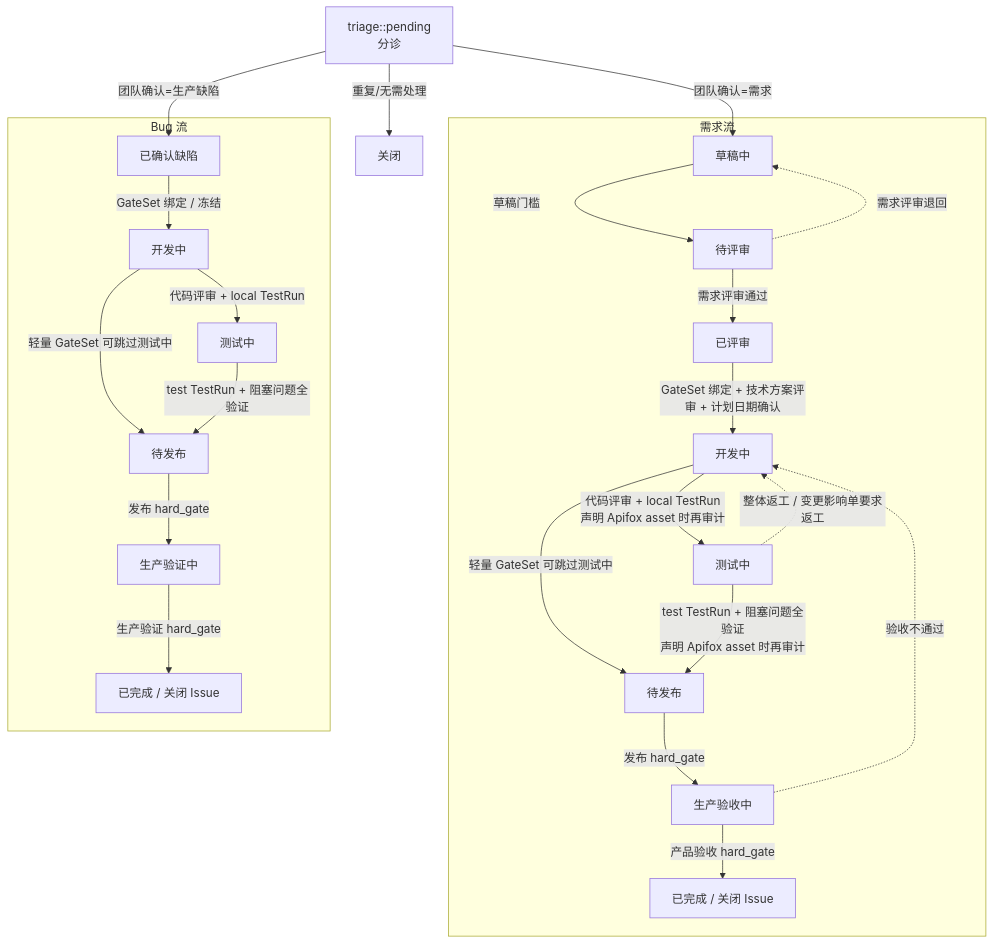
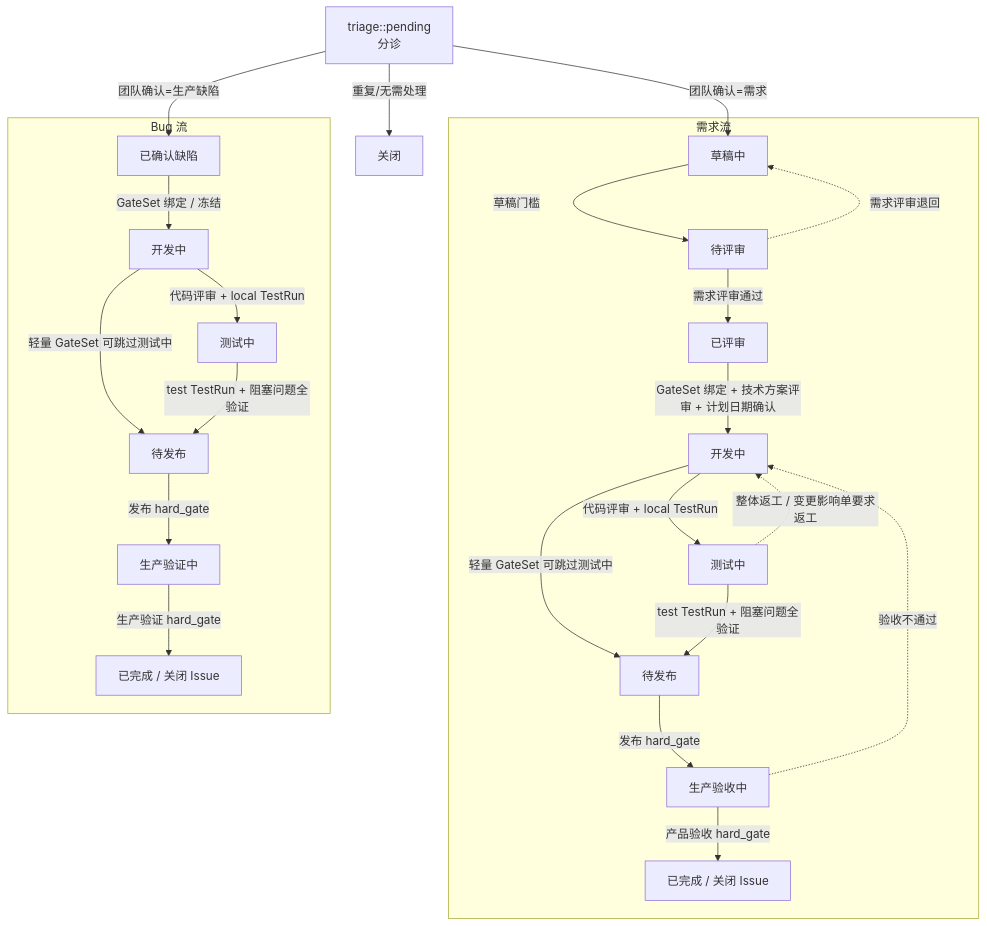
One commit to jinx911/glab-flow changed the diagram in README.md. Above: the diagram before and after it, drawn with Mermaid. The commit also changed other lines of this file and 44 other files, not shown here.

Commit message:
Remove Apifox dependency from glab-flow tests

````diff
--- a/README.md
+++ b/README.md
@@ -18,29 +18,29 @@
 ```mermaid
 flowchart TD
     T["triage::pending<br/>分诊"] -->|"团队确认=需求"| S1["草稿中"]
     T -->|"团队确认=生产缺陷"| B1["已确认缺陷"]
     T -->|"重复/无需处理"| X["关闭"]
 
     subgraph Story["需求流"]
       S1 -->|"草稿门槛"| S2["待评审"]
       S2 -->|"需求评审通过"| S3["已评审"]
       S2 -.->|"需求评审退回"| S1
       S3 -->|"GateSet 绑定 + 技术方案评审 + 计划日期确认"| S4["开发中"]
-      S4 -->|"代码评审 + local TestRun<br/>声明 Apifox asset 时再审计"| S5["测试中"]
+      S4 -->|"代码评审 + local TestRun"| S5["测试中"]
       S4 -->|"轻量 GateSet 可跳过测试中"| S6["待发布"]
-      S5 -->|"test TestRun + 阻塞问题全验证<br/>声明 Apifox asset 时再审计"| S6
+      S5 -->|"test TestRun + 阻塞问题全验证"| S6
       S5 -.->|"整体返工 / 变更影响单要求返工"| S4
       S6 -->|"发布 hard_gate"| S7["生产验收中"]
       S7 -->|"产品验收 hard_gate"| S8["已完成 / 关闭 Issue"]
       S7 -.->|"验收不通过"| S4
     end
 
     subgraph Bug["Bug 流"]
       B1 -->|"GateSet 绑定 / 冻结"| B2["开发中"]
       B2 -->|"代码评审 + local TestRun"| B3["测试中"]
       B2 -->|"轻量 GateSet 可跳过测试中"| B4["待发布"]
       B3 -->|"test TestRun + 阻塞问题全验证"| B4
       B4 -->|"发布 hard_gate"| B5["生产验证中"]
       B5 -->|"生产验证 hard_gate"| B6["已完成 / 关闭 Issue"]
     end
 ```
````
